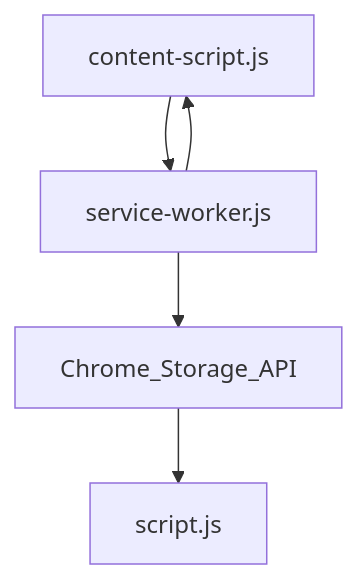
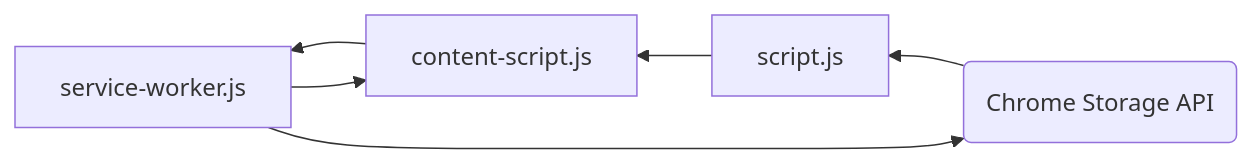
The diagram in README.md (THammami01/youtube-ad-blocker), drawn with Mermaid before and after one commit. The commit also changed other lines of this file and 4 other files, not shown here.

````diff
--- a/README.md
+++ b/README.md
@@ -50,7 +52,9 @@
 ```mermaid
-  graph TD;
-      content-script.js-->service-worker.js;
-      service-worker.js-->content-script.js;
-      service-worker.js-->Chrome_Storage_API;
-      Chrome_Storage_API-->script.js;
+graph RL;
+CSA(Chrome Storage API)
+content-script.js-->service-worker.js;
+service-worker.js-->content-script.js;
+service-worker.js-->CSA;
+CSA-->script.js;
+script.js-->content-script.js;
 ```
````
